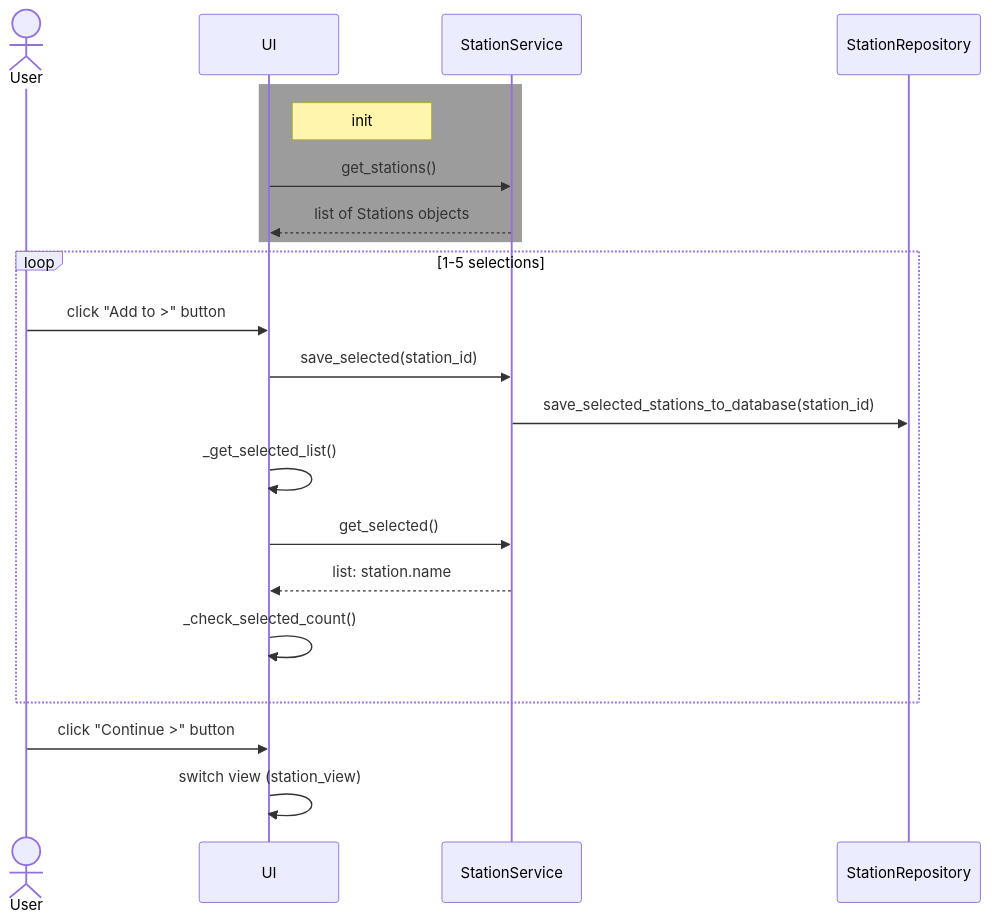
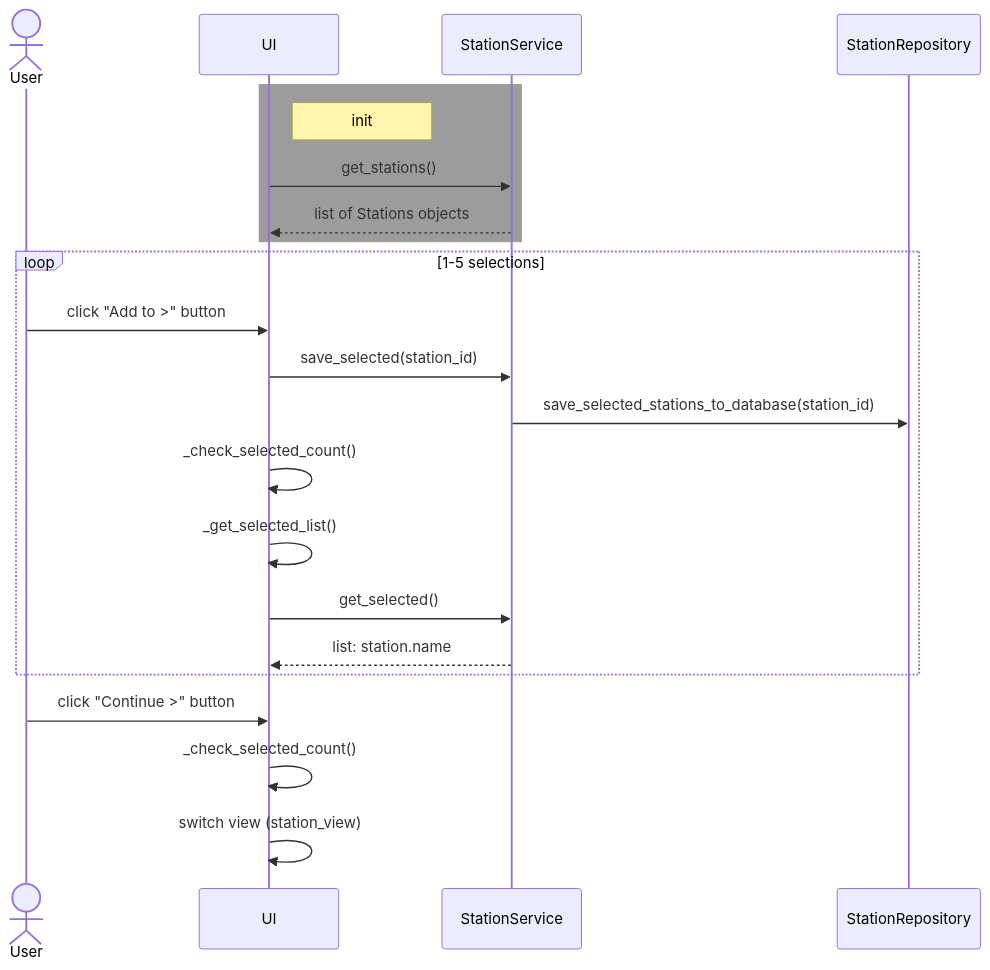
One commit to mcpaulafi/ot-harjoitustyo changed the fourth of 7 diagrams in documentation/architecture.md. Above: the diagram before and after it, drawn with Mermaid. The commit also changed other lines of this file and 10 other files, not shown here.

````diff
--- a/documentation/architecture.md
+++ b/documentation/architecture.md
@@ -156,28 +158,29 @@
 ```mermaid
 sequenceDiagram
     actor User
     participant UI
     participant StationService
     participant StationRepository
 
     rect rgb(156, 156, 156)
     note right of UI: init
     UI->>StationService :get_stations()
     StationService-->>UI: list of Stations objects
     end
 
     loop 1-5 selections
         User->> UI: click "Add to >" button
         UI->>StationService: save_selected(station_id)
         StationService->>StationRepository: save_selected_stations_to_database(station_id)
 
+        UI->>UI: _check_selected_count()
         UI->>UI: _get_selected_list()
         UI->>StationService: get_selected()
         StationService-->>UI: list: station.name
-        UI->>UI: _check_selected_count()
     end 
 
     User->> UI: click "Continue >" button
+    UI->>UI: _check_selected_count()
     UI->>UI: switch view (station_view)
 
 ```
````
